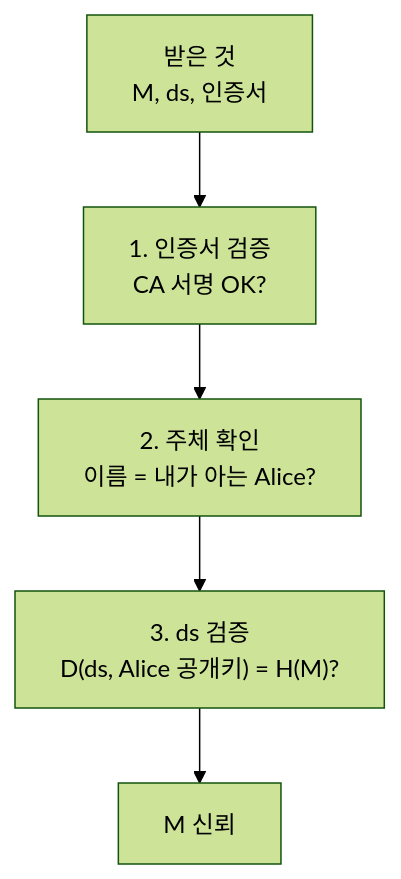
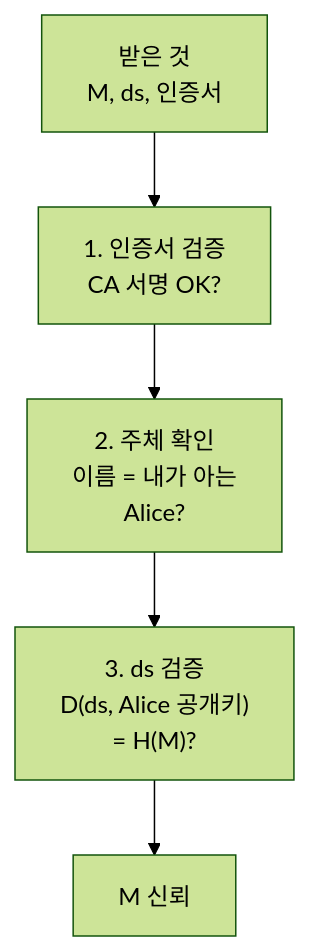
One commit to ChildrenAon/TIL changed the fourth of 4 diagrams in 2026/November/11-03.md. Above: the diagram before and after it, drawn with Mermaid (forest theme). The commit also changed other lines of this file and 5 other files, not shown here.

````diff
--- a/2026/November/11-03.md
+++ b/2026/November/11-03.md
@@ -514,7 +514,7 @@
 ```mermaid
 flowchart TD
   S["받은 것<br/>M, ds, 인증서"] --> A["1. 인증서 검증<br/>CA 서명 OK?"]
-  A --> B["2. 주체 확인<br/>이름 = 내가 아는 Alice?"]
-  B --> C["3. ds 검증<br/>D(ds, Alice 공개키) = H(M)?"]
+  A --> B["2. 주체 확인<br/>이름 = 내가 아는<br/>Alice?"]
+  B --> C["3. ds 검증<br/>D(ds, Alice 공개키)<br/>= H(M)?"]
   C --> D["M 신뢰"]
 ```
````
